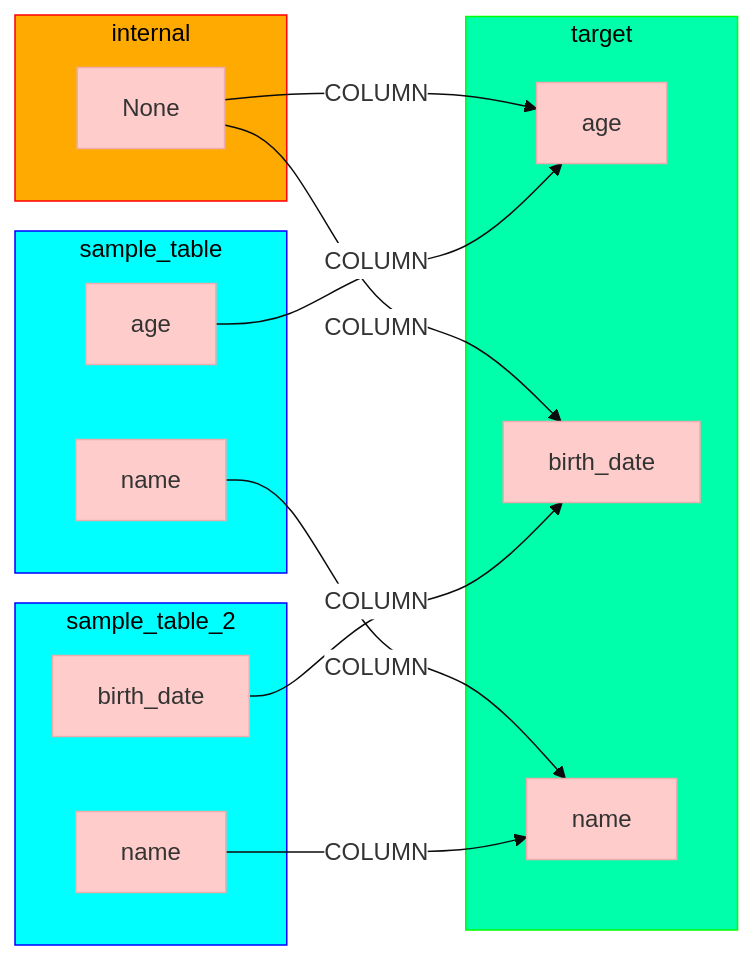
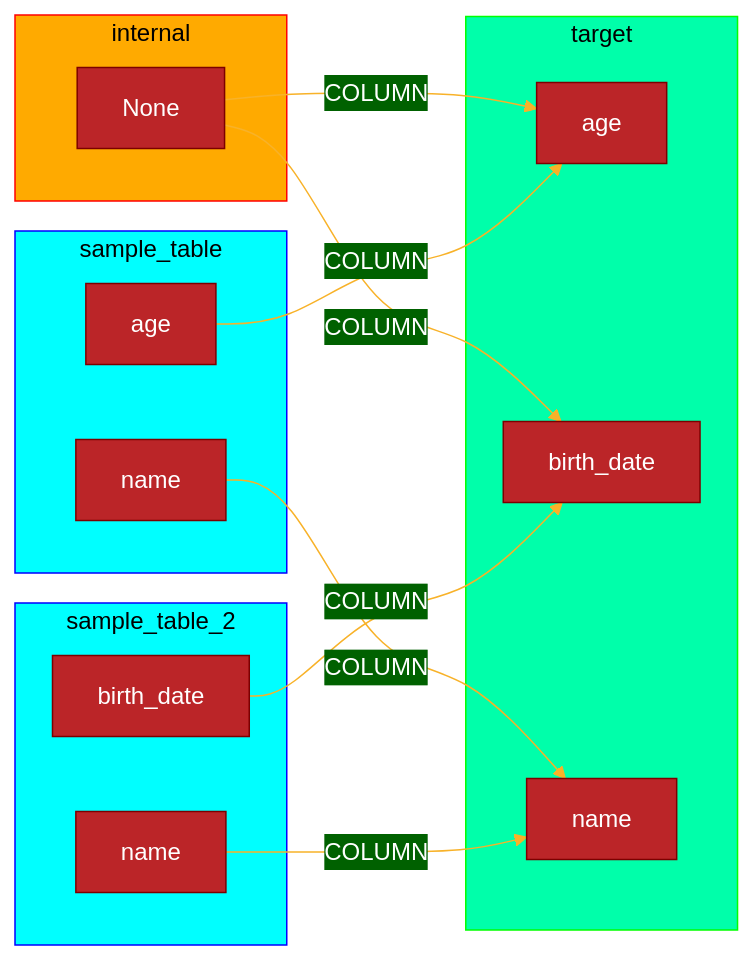
One commit to NielkNetraam/explainalyzed changed the diagram in data/mermaid/union.mmd. Above: the diagram before and after it, drawn with Mermaid.

```diff
--- a/data/mermaid/union.mmd
+++ b/data/mermaid/union.mmd
@@ -1,44 +1,56 @@
-%%{init: {
-    'theme': 'base',
-    'themeVariables': {
-        'primaryColor': '#ffcccc',
-        'edgeLabelBackground':'#ffffff',
-        'tertiaryColor': '#fff'
-    }
-}}%%
+---
+config:
+  theme: 'base'
+  themeVariables:
+    primaryColor: '#BB2528'
+    primaryTextColor: '#fff'
+    primaryBorderColor: '#7C0000'
+    lineColor: '#F8B229'
+    secondaryColor: '#006100'
+    tertiaryColor: '#fff'
+---
+%% %%{init: {
+%%     'theme': 'base',
+%%     'themeVariables': {
+%%         'primaryColor': '#ffcccc',
+%%         'edgeLabelBackground':'#ffffff',
+%%         'tertiaryColor': '#fff'
+%%     }
+%% }}%%
+
 flowchart LR
-    classDef SOURCE stroke:#00f,fill:#0ff,color:black
+    classDef SOURCE stroke:#00f,fill:#0ff,color:black,primaryColor:#ffcccc
     classDef TARGET stroke:#0f0,fill:#0fa,color:black
     classDef INTERNAL stroke:#f00,fill:#fa0,color:black
 
     target:::TARGET
     internal:::INTERNAL
     sample_table:::SOURCE
     sample_table_2:::SOURCE
 
     subgraph internal
         internal.None[None]
     end
 
     subgraph sample_table
         sample_table.age[age]
         sample_table.name[name]
     end
 
     subgraph sample_table_2
         sample_table_2.birth_date[birth_date]
         sample_table_2.name[name]
     end
 
     subgraph target
         target.age[age]
         target.birth_date[birth_date]
         target.name[name]
     end
 
     internal.None -- COLUMN --> target.age
     internal.None -- COLUMN --> target.birth_date
     sample_table.age -- COLUMN --> target.age
     sample_table.name -- COLUMN --> target.name
     sample_table_2.birth_date -- COLUMN --> target.birth_date
     sample_table_2.name -- COLUMN --> target.name
```
